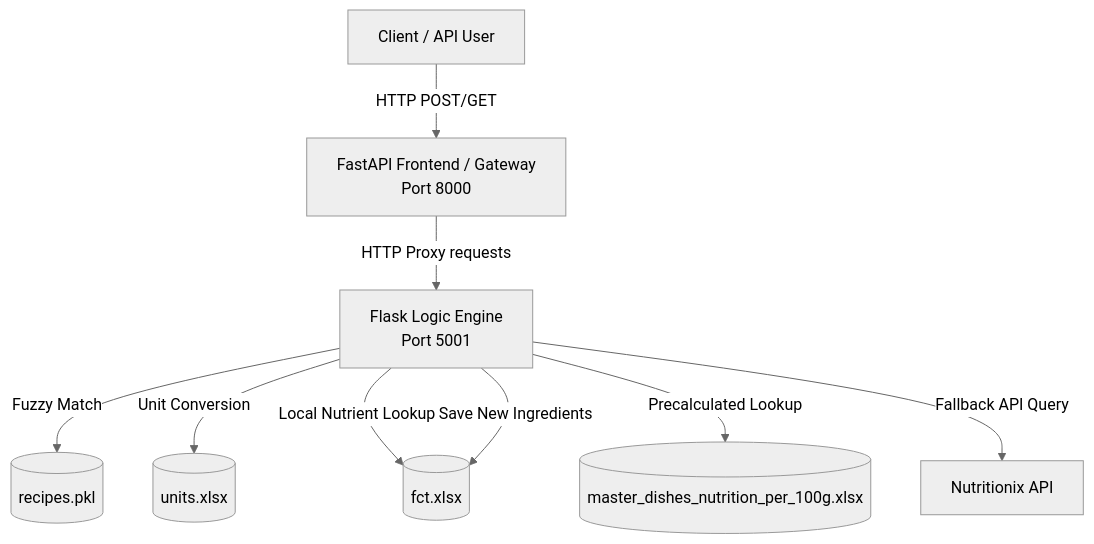
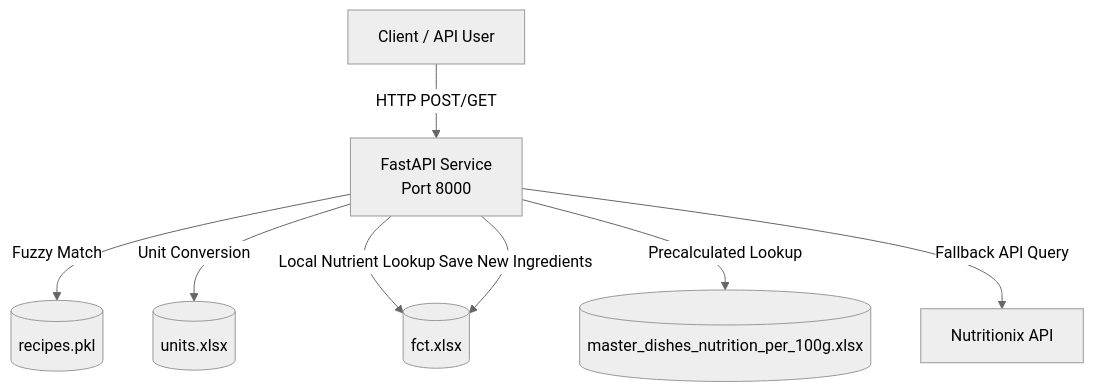
Before and after one commit to fkg-india/foodComputingNutrition: the diagram in README.md, drawn with Mermaid (neutral theme). The commit also changed other lines of this file and 12 other files, not shown here.

````diff
--- a/README.md
+++ b/README.md
@@ -11,11 +11,10 @@
 ```mermaid
 graph TD
-    Client[Client / API User] -->|HTTP POST/GET| FastAPI[FastAPI Frontend / Gateway <br> Port 8000]
-    FastAPI -->|HTTP Proxy requests| Flask[Flask Logic Engine <br> Port 5001]
-    Flask -->|Fuzzy Match| Recipes[(recipes.pkl)]
-    Flask -->|Unit Conversion| Units[(units.xlsx)]
-    Flask -->|Local Nutrient Lookup| FCT[(fct.xlsx)]
-    Flask -->|Precalculated Lookup| MasterDishes[(master_dishes_nutrition_per_100g.xlsx)]
-    Flask -->|Fallback API Query| Nutritionix[Nutritionix API]
-    Flask -->|Save New Ingredients| FCT
+    Client[Client / API User] -->|HTTP POST/GET| FastAPI[FastAPI Service<br>Port 8000]
+    FastAPI -->|Fuzzy Match| Recipes[(recipes.pkl)]
+    FastAPI -->|Unit Conversion| Units[(units.xlsx)]
+    FastAPI -->|Local Nutrient Lookup| FCT[(fct.xlsx)]
+    FastAPI -->|Precalculated Lookup| MasterDishes[(master_dishes_nutrition_per_100g.xlsx)]
+    FastAPI -->|Fallback API Query| Nutritionix[Nutritionix API]
+    FastAPI -->|Save New Ingredients| FCT
 ```
````
